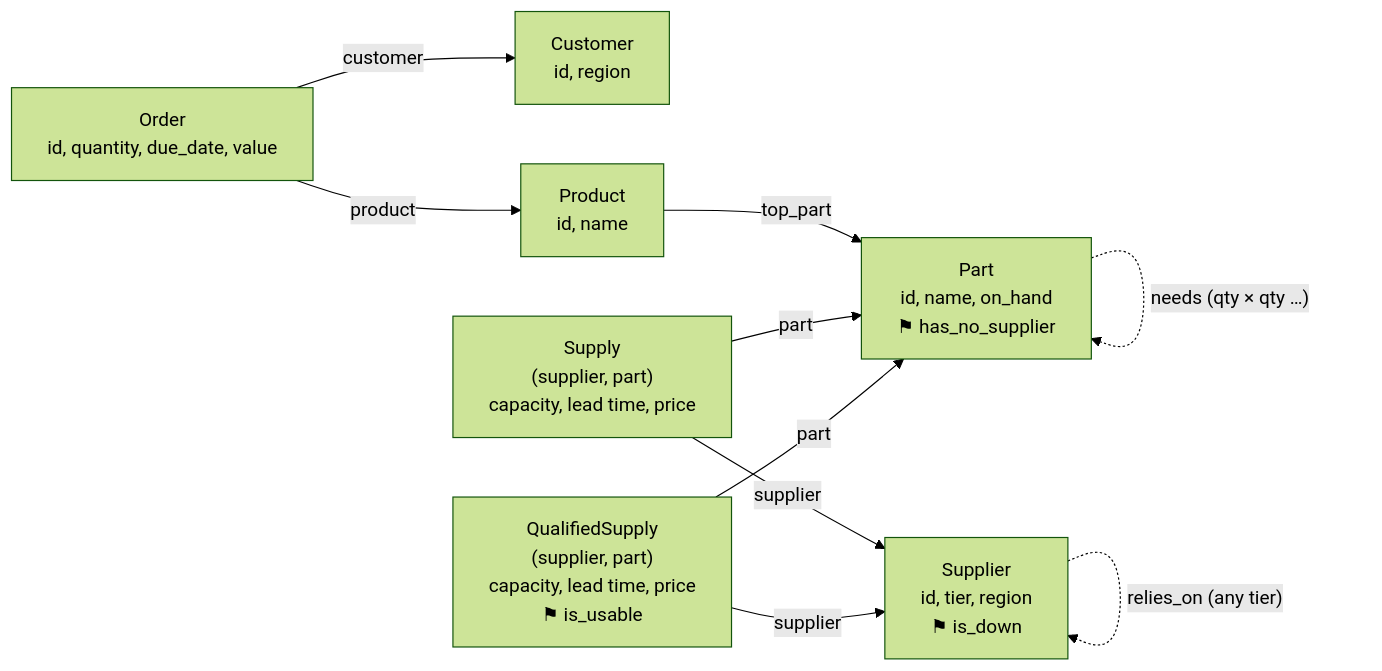
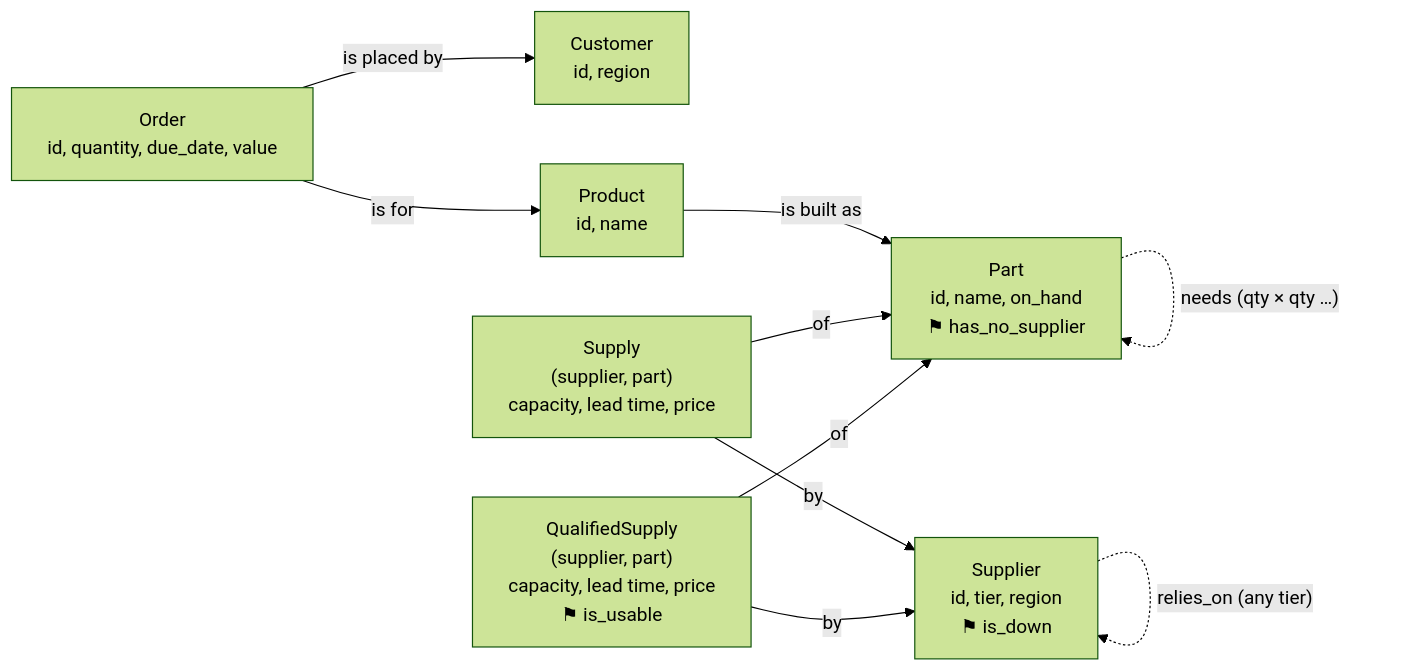
One commit to Snowflake-Labs/sfquickstarts changed the diagram in site/sfguides/src/getting-started-with-relational-ai-for-supply-chain-analysis/getting-started-with-relational-ai-for-supply-chain-analysis.md. Above: the diagram before and after it, drawn with Mermaid (forest theme). The commit also changed other lines of this file and 8 other files, not shown here.

````diff
--- a/site/sfguides/src/getting-started-with-relational-ai-for-supply-chain-analysis/getting-started-with-relational-ai-for-supply-chain-analysis.md
+++ b/site/sfguides/src/getting-started-with-relational-ai-for-supply-chain-analysis/getting-started-with-relational-ai-for-supply-chain-analysis.md
@@ -153,24 +122,24 @@
 ```mermaid
 flowchart LR
     Customer["Customer<br/>id, region"]
     Order["Order<br/>id, quantity, due_date, value"]
     Product["Product<br/>id, name"]
     Part["Part<br/>id, name, on_hand<br/>⚑ has_no_supplier"]
     Supply["Supply<br/>(supplier, part)<br/>capacity, lead time, price"]
     QSupply["QualifiedSupply<br/>(supplier, part)<br/>capacity, lead time, price<br/>⚑ is_usable"]
     Supplier["Supplier<br/>id, tier, region<br/>⚑ is_down"]
 
-    Order -->|customer| Customer
-    Order -->|product| Product
-    Product -->|top_part| Part
+    Order -->|is placed by| Customer
+    Order -->|is for| Product
+    Product -->|is built as| Part
     Part -->|"contains (qty)"| Part
-    Supply -->|part| Part
-    Supply -->|supplier| Supplier
-    QSupply -->|part| Part
-    QSupply -->|supplier| Supplier
+    Supply -->|of| Part
+    Supply -->|by| Supplier
+    QSupply -->|of| Part
+    QSupply -->|by| Supplier
     Supplier -->|depends_on| Supplier
 
     Part -.->|"includes (any level)"| Part
     Part -.->|"needs (qty × qty …)"| Part
     Supplier -.->|"relies_on (any tier)"| Supplier
 ```
````
